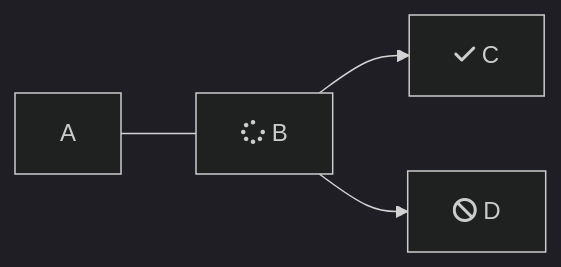
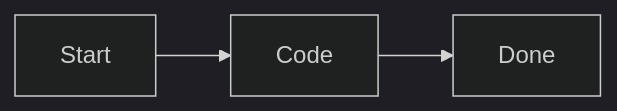
One commit to aerdman1/Erd-Docs changed the second of 5 diagrams in docs/MDX/simple-banner/test.md. Above: the diagram before and after it, drawn with Mermaid (dark theme). The commit also changed other lines of this file, not shown here.

````diff
--- a/docs/MDX/simple-banner/test.md
+++ b/docs/MDX/simple-banner/test.md
@@ -9,6 +19,7 @@
 ```mermaid
-flowchart LR 
- A --- B[fa:fa-spinner B] 
- B --> C[fa:fa-check C] 
- B --> D[fa:fa-ban D]
+flowchart LR
+  A[<span class="iconify" data-icon="tabler:player-play"></span> Start] 
+    --> B[<span class="iconify" data-icon="tabler:code"></span> Code] 
+    --> C[<span class="iconify" data-icon="tabler:circle-check"></span> Done]
+
 ```
````
